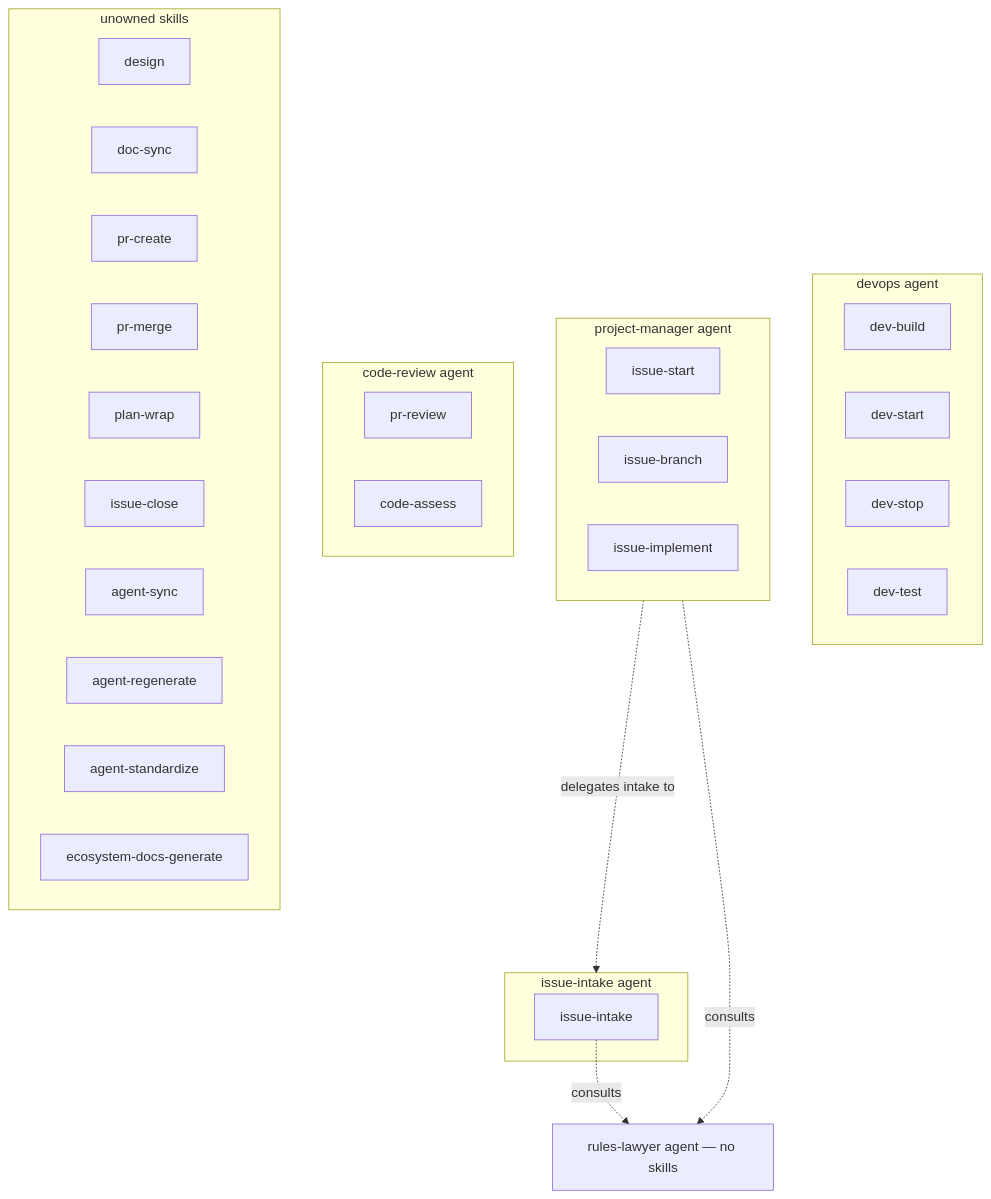
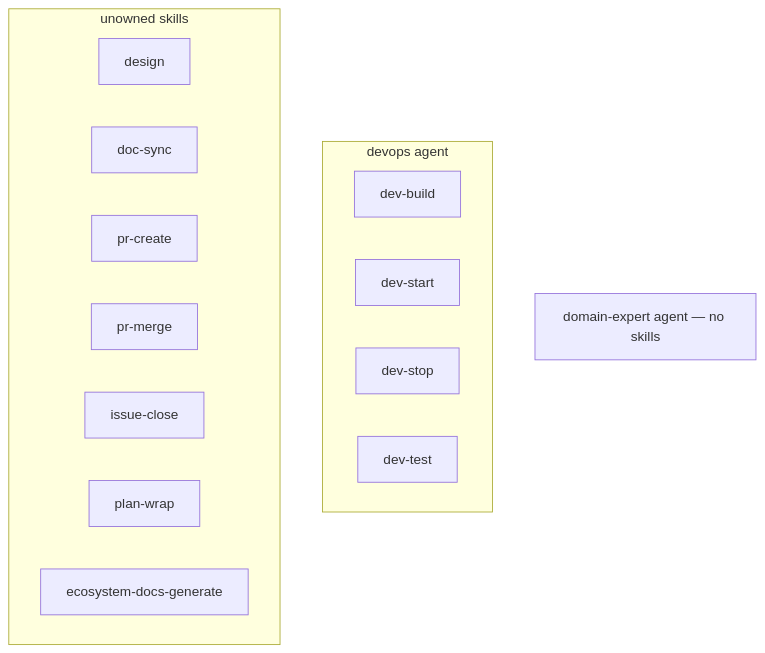
One commit to ashitaka-emishi/lob-online changed the first of 2 diagrams in docs/ecosystem-design.md. Above: the diagram before and after it, drawn with Mermaid. The commit also changed other lines of this file and 58 other files, not shown here.

````diff
--- a/docs/ecosystem-design.md
+++ b/docs/ecosystem-design.md
@@ -44,37 +42,19 @@
 ```mermaid
 graph TD
   subgraph devops[devops agent]
     dev-build
     dev-start
     dev-stop
     dev-test
   end
-  subgraph pm[project-manager agent]
-    issue-start
-    issue-branch
-    issue-implement
-  end
-  subgraph ii[issue-intake agent]
-    issue-intake
-  end
-  subgraph cr[code-review agent]
-    pr-review
-    code-assess
-  end
-  rl[rules-lawyer agent — no skills]
+  rl[domain-expert agent — no skills]
   subgraph standalone[unowned skills]
     design
     doc-sync
     pr-create
     pr-merge
+    issue-close
     plan-wrap
-    issue-close
-    agent-sync
-    agent-regenerate
-    agent-standardize
     ecosystem-docs-generate
   end
-  issue-intake -.->|consults| rl
-  pm -.->|delegates intake to| ii
-  pm -.->|consults| rl
 ```
````
